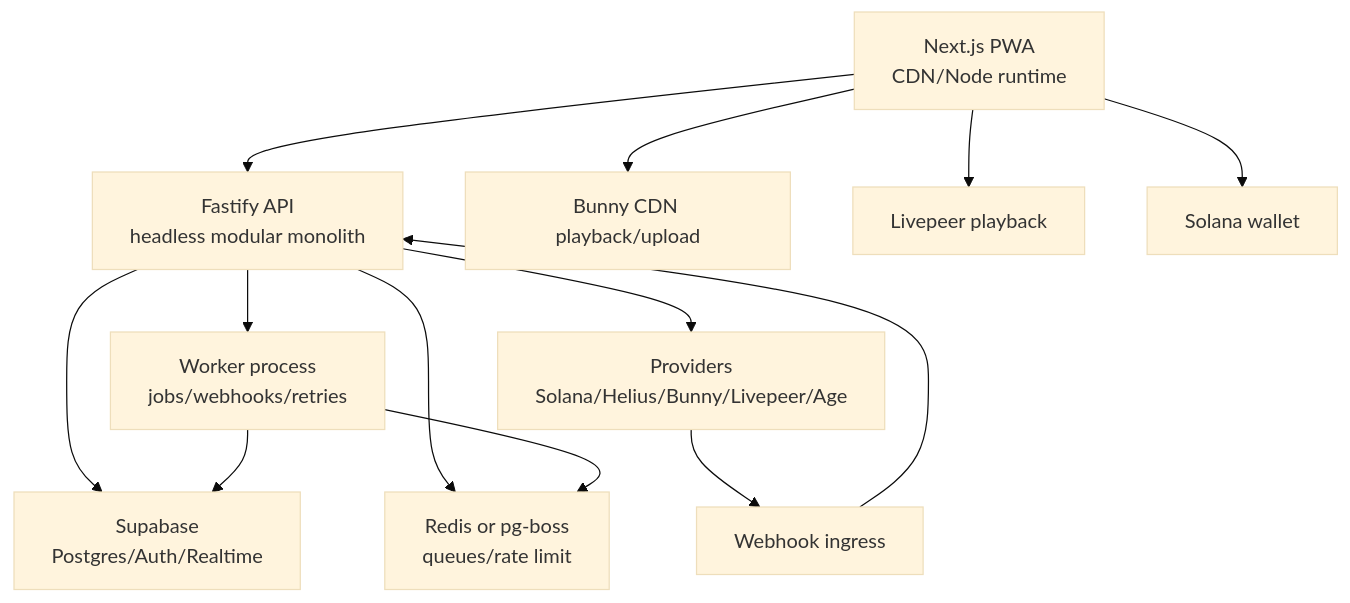
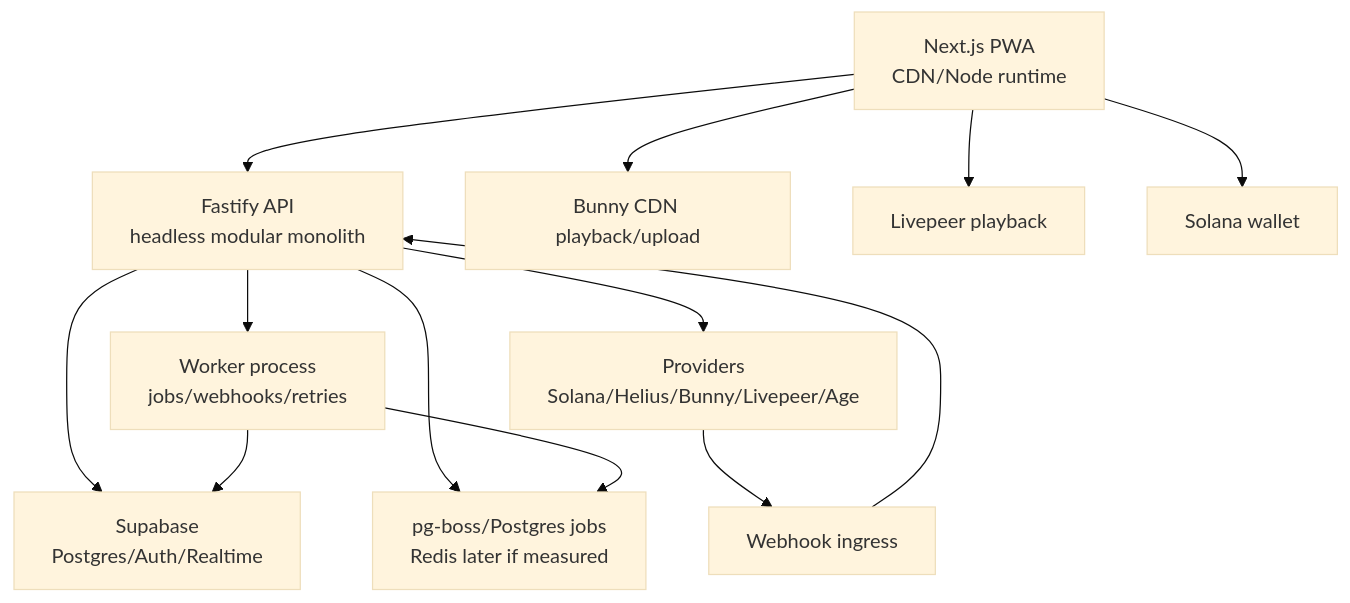
Before and after one commit to mariospeterman/VEEL-v2: the first of 2 diagrams in docs/v2-new-build/deployment-topology.md, drawn with Mermaid (base theme). The commit also changed other lines of this file and 26 other files, not shown here.

````diff
--- a/docs/v2-new-build/deployment-topology.md
+++ b/docs/v2-new-build/deployment-topology.md
@@ -12,15 +12,15 @@
 ```mermaid
 flowchart TB
   Web["Next.js PWA\nCDN/Node runtime"] --> API["Fastify API\nheadless modular monolith"]
   API --> Worker["Worker process\njobs/webhooks/retries"]
   API --> Supabase["Supabase\nPostgres/Auth/Realtime"]
   Worker --> Supabase
-  API --> Redis["Redis or pg-boss\nqueues/rate limit"]
-  Worker --> Redis
+  API --> Jobs["pg-boss/Postgres jobs\nRedis later if measured"]
+  Worker --> Jobs
   API --> Providers["Providers\nSolana/Helius/Bunny/Livepeer/Age"]
   Providers --> Webhooks["Webhook ingress"]
   Webhooks --> API
   Web --> Bunny["Bunny CDN playback/upload"]
   Web --> Livepeer["Livepeer playback"]
   Web --> Wallet["Solana wallet"]
 ```
````
